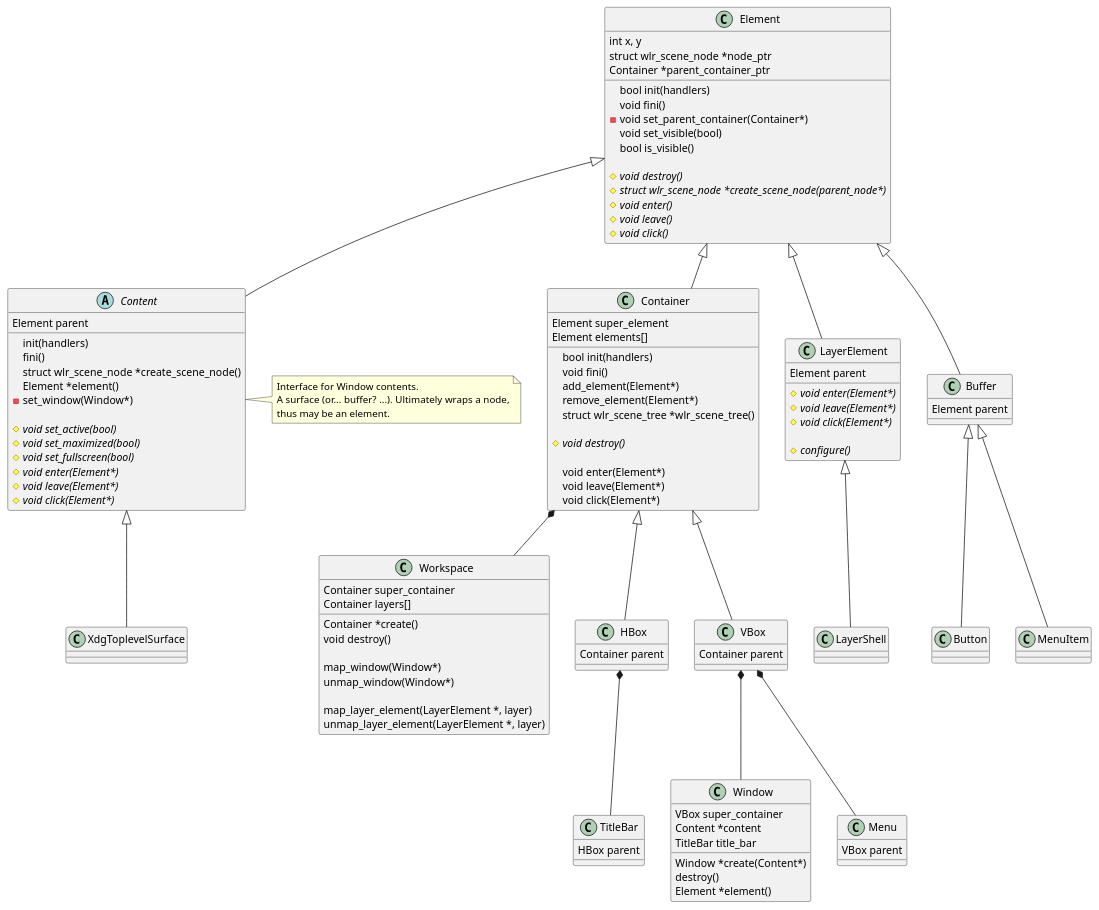
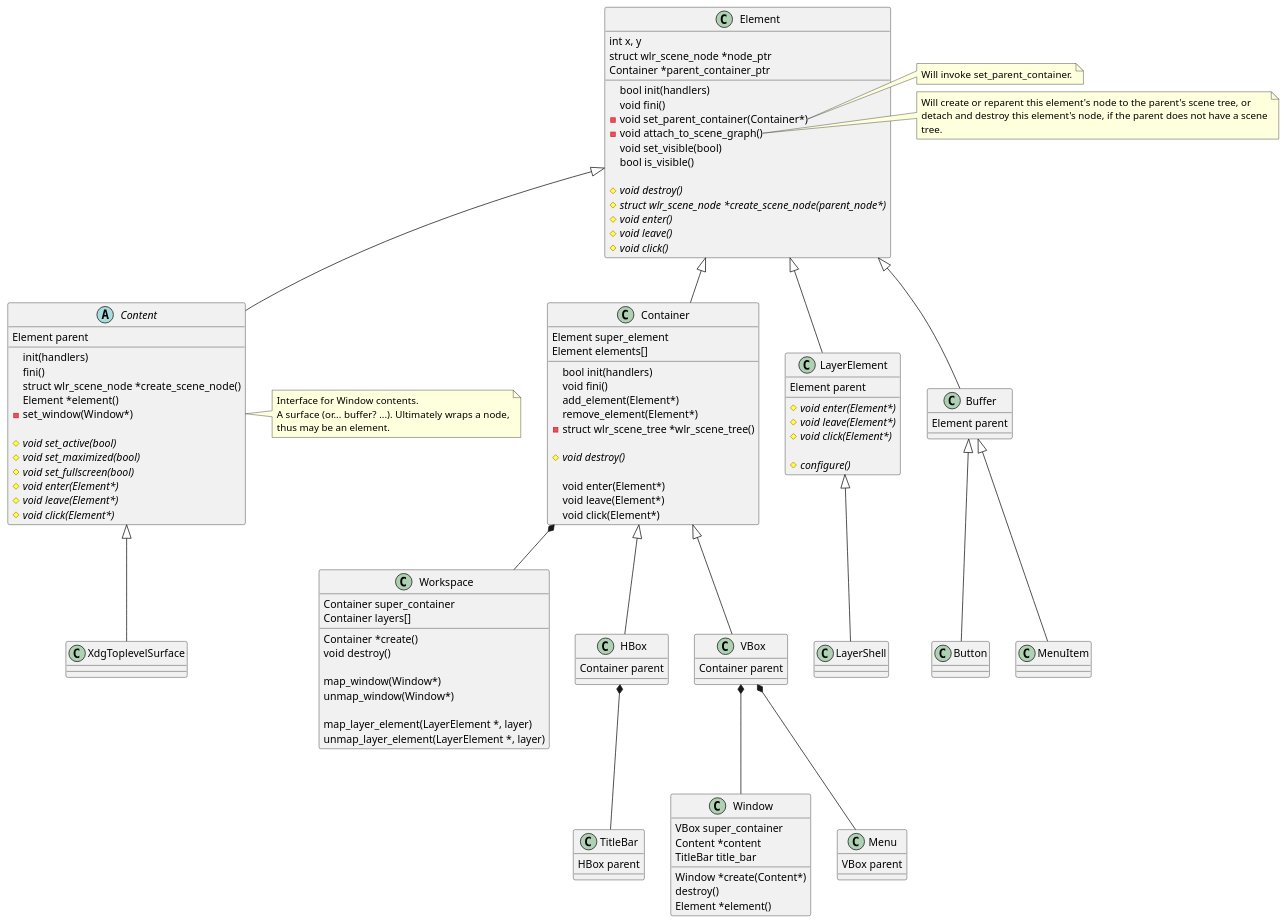
One commit to phkaeser/wlmaker changed the first of 2 diagrams in src/toolkit/toolkit.md. Above: the diagram before and after it, drawn with PlantUML. The commit also changed 4 other files, not shown here.

First line of the commit message:
Updates the toolkid with a better scene graph integration:

```diff
--- a/src/toolkit/toolkit.md
+++ b/src/toolkit/toolkit.md
@@ -31,6 +31,7 @@
   bool init(handlers)
   void fini()
   -void set_parent_container(Container*)
+  -void attach_to_scene_graph()
   void set_visible(bool)
   bool is_visible()
 
@@ -40,17 +41,13 @@
   {abstract}#void leave()
   {abstract}#void click()
 }
-note right of Element::"set_parent_container()"
-  If the parent is already part of the scene graph, this will also
-  invoke create_scene_node.
-note right of Element::"set_visible()"
-  Marks the element as visible.
-
-  If this element is already part of the scene graph, will adjust the
-  visibility of the node. Otherwise, if the parent is already part of the
-  scene graph (parent_container_ptr->wlr_scene_tree() is not NULL), this will
-  also invoke create_scene_node to create the scene node.
-  And then set visibility accordingly.
+note right of Element::"set_parent_container(Container*)"
+  Will invoke set_parent_container.
+end note
+note right of Element::"attach_to_scene_graph()"
+  Will create or reparent this element's node to the parent's scene tree, or
+  detach and destroy this element's node, if the parent does not have a scene
+  tree.
 end note
 
 class Container {
@@ -61,7 +58,7 @@
   void fini()
   add_element(Element*)
   remove_element(Element*)
-  struct wlr_scene_tree *wlr_scene_tree()
+  -struct wlr_scene_tree *wlr_scene_tree()
 
   {abstract}#void destroy()
 
@@ -71,8 +68,9 @@
 }
 Element <|-- Container
 note right of Element::"add_element(Element*)"
-  If the super_element is already part of the scene graph, this will also
-  invoke the added element's create_scene_node.
+  Both add_element() and remove_element() will call
+  Element::set_parent_container() and thus alignt he element's scene node
+  with the container's tree.
 end note
 
 class Workspace {
```
